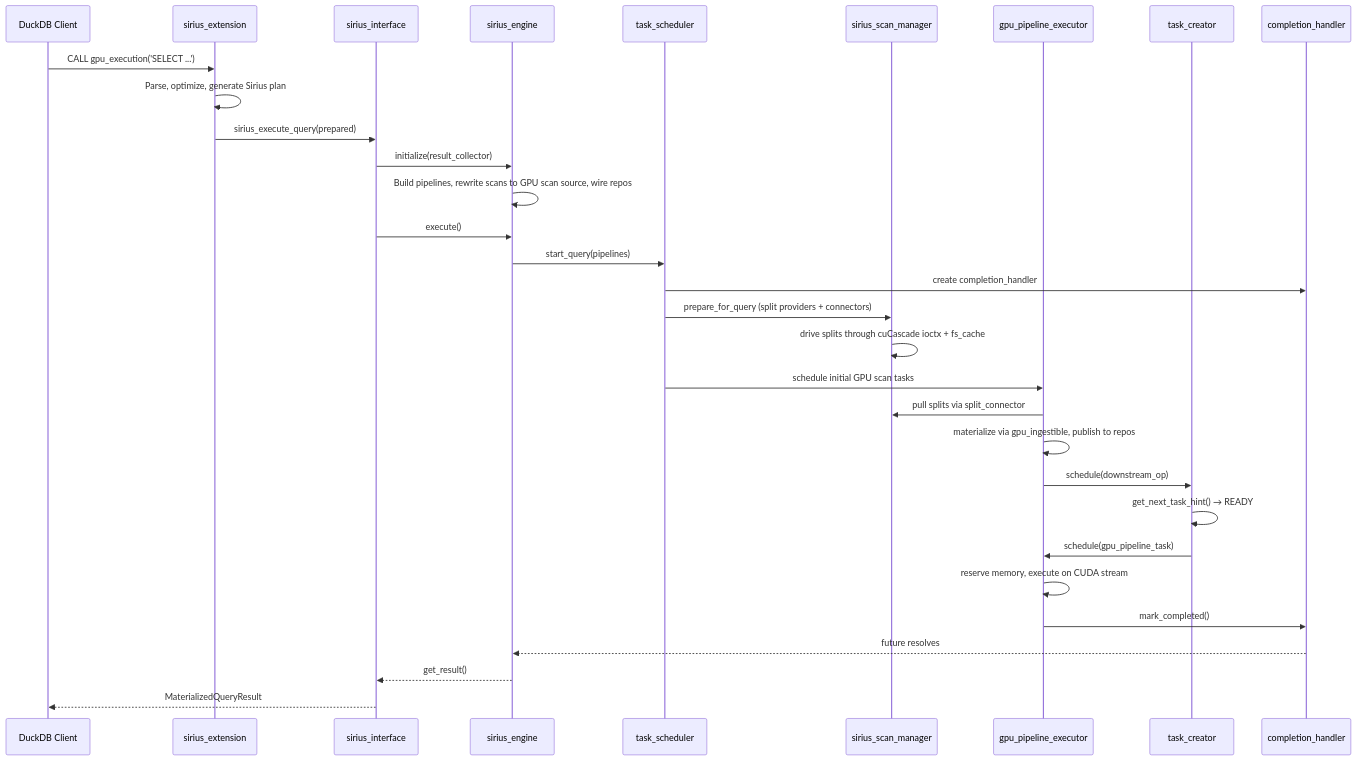
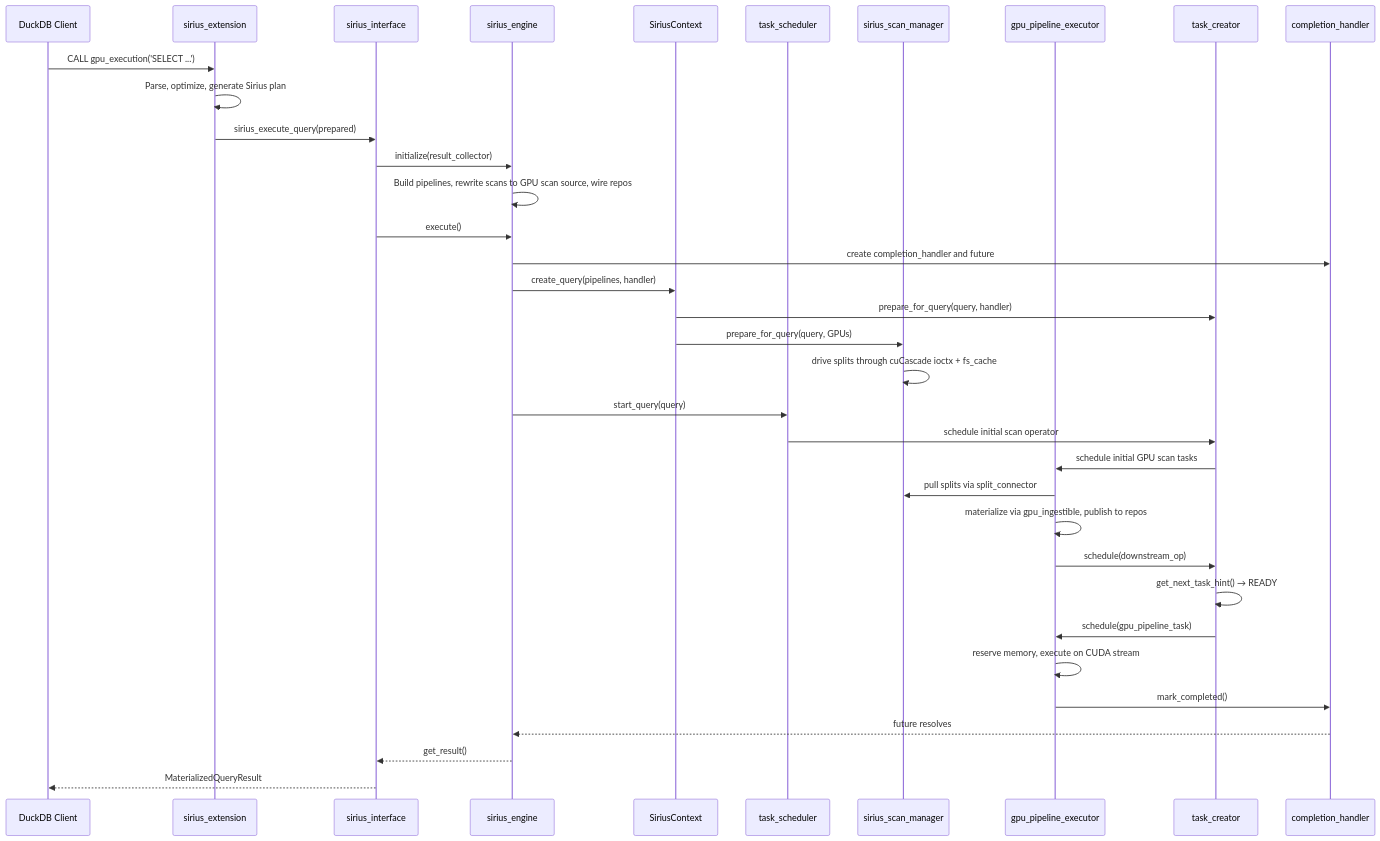
Before and after one commit to aminaramoon/sirius: the diagram in docs/super-sirius/execution-flow.md, drawn with Mermaid. The commit also changed other lines of this file and 68 other files, not shown here.

````diff
--- a/docs/super-sirius/execution-flow.md
+++ b/docs/super-sirius/execution-flow.md
@@ -199,34 +201,38 @@
 ```mermaid
 sequenceDiagram
     participant User as DuckDB Client
     participant Ext as sirius_extension
     participant Iface as sirius_interface
     participant Engine as sirius_engine
+    participant Context as SiriusContext
     participant PE as task_scheduler
     participant SM as sirius_scan_manager
     participant GPE as gpu_pipeline_executor
     participant TC as task_creator
     participant CH as completion_handler
 
     User->>Ext: CALL gpu_execution('SELECT ...')
     Ext->>Ext: Parse, optimize, generate Sirius plan
     Ext->>Iface: sirius_execute_query(prepared)
     Iface->>Engine: initialize(result_collector)
     Engine->>Engine: Build pipelines, rewrite scans to GPU scan source, wire repos
     Iface->>Engine: execute()
-    Engine->>PE: start_query(pipelines)
-    PE->>CH: create completion_handler
-    PE->>SM: prepare_for_query (split providers + connectors)
+    Engine->>CH: create completion_handler and future
+    Engine->>Context: create_query(pipelines, handler)
+    Context->>TC: prepare_for_query(query, handler)
+    Context->>SM: prepare_for_query(query, GPUs)
     SM->>SM: drive splits through cuCascade ioctx + fs_cache
-    PE->>GPE: schedule initial GPU scan tasks
+    Engine->>PE: start_query(query)
+    PE->>TC: schedule initial scan operator
+    TC->>GPE: schedule initial GPU scan tasks
     GPE->>SM: pull splits via split_connector
     GPE->>GPE: materialize via gpu_ingestible, publish to repos
     GPE->>TC: schedule(downstream_op)
     TC->>TC: get_next_task_hint() → READY
     TC->>GPE: schedule(gpu_pipeline_task)
     GPE->>GPE: reserve memory, execute on CUDA stream
     GPE->>CH: mark_completed()
     CH-->>Engine: future resolves
     Engine-->>Iface: get_result()
     Iface-->>User: MaterializedQueryResult
 ```
````
